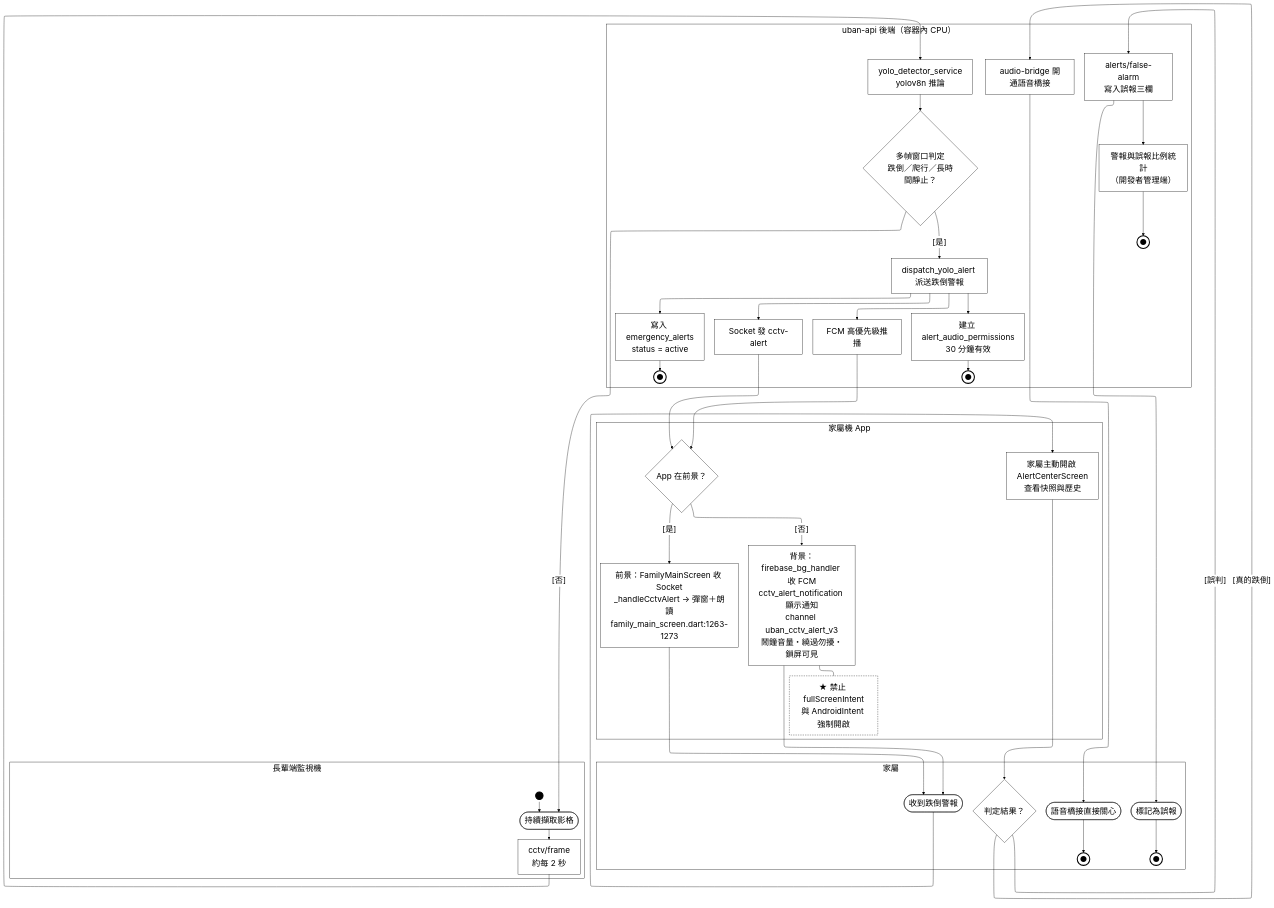
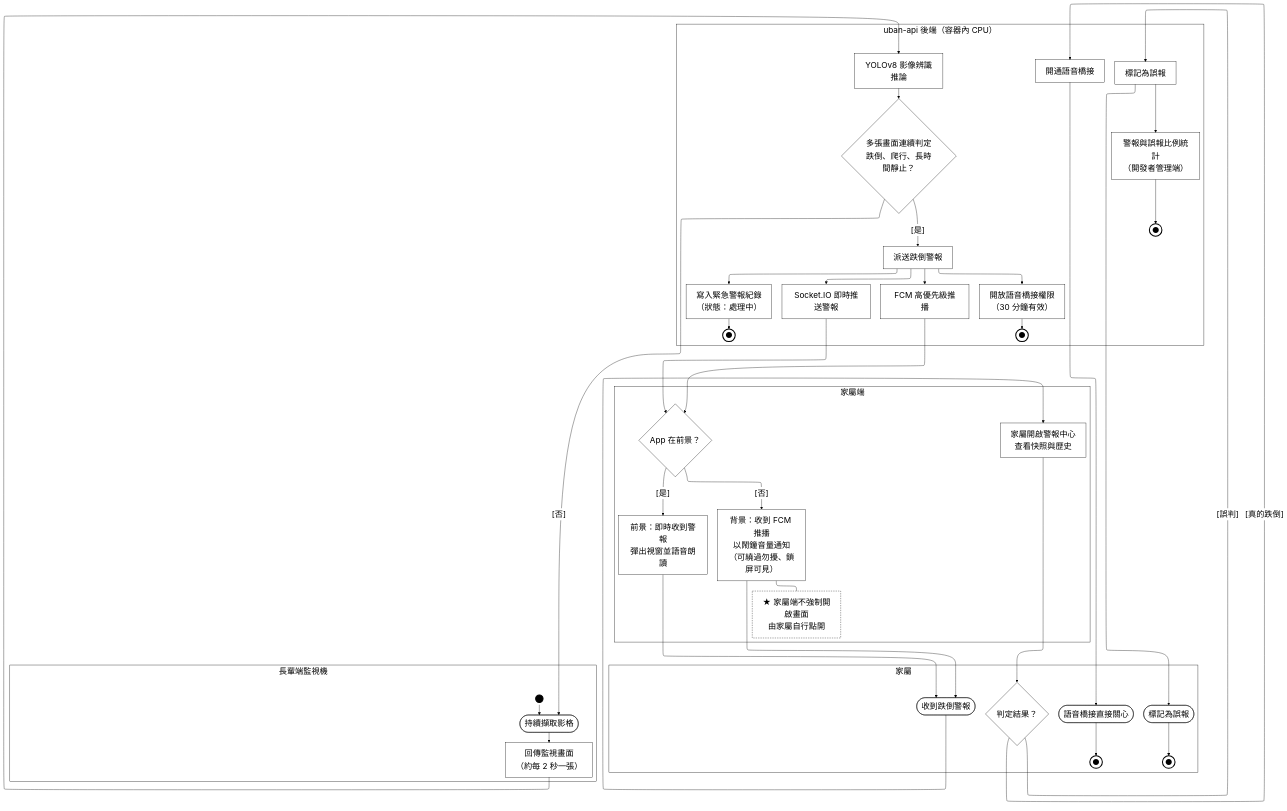
One commit to HuangYu-Kai/Uban changed the diagram in Uban System Documents/mermaid原始碼/A17-安全監控.mmd. Above: the diagram before and after it, drawn with Mermaid. The commit also changed 32 other files, not shown here.

```diff
--- a/Uban System Documents/mermaid原始碼/A17-安全監控.mmd
+++ b/Uban System Documents/mermaid原始碼/A17-安全監控.mmd
@@ -1,79 +1,79 @@
 %%{init:{"layout":"elk","elk":{"mergeEdges":false,"nodePlacementStrategy":"NETWORK_SIMPLEX"},"flowchart":{"htmlLabels":true},"themeVariables":{"clusterBkg":"#FFFFFF","clusterBorder":"#000000","edgeLabelBackground":"#FFFFFF","textColor":"#000000","nodeTextColor":"#000000","titleColor":"#000000","lineColor":"#000000","fontSize":"24px"}}}%%
 flowchart TD
   subgraph ROLE["家屬"]
     PAD_ROLE["&nbsp;&nbsp;&nbsp;&nbsp;&nbsp;&nbsp;&nbsp;&nbsp;&nbsp;&nbsp;&nbsp;&nbsp;&nbsp;&nbsp;&nbsp;&nbsp;&nbsp;&nbsp;&nbsp;&nbsp;&nbsp;&nbsp;&nbsp;&nbsp;&nbsp;&nbsp;&nbsp;&nbsp;&nbsp;&nbsp;&nbsp;&nbsp;&nbsp;&nbsp;&nbsp;&nbsp;&nbsp;&nbsp;&nbsp;&nbsp;&nbsp;&nbsp;&nbsp;&nbsp;&nbsp;&nbsp;&nbsp;&nbsp;&nbsp;&nbsp;&nbsp;&nbsp;&nbsp;&nbsp;&nbsp;&nbsp;&nbsp;&nbsp;&nbsp;&nbsp;&nbsp;&nbsp;&nbsp;&nbsp;&nbsp;&nbsp;&nbsp;&nbsp;&nbsp;&nbsp;&nbsp;&nbsp;&nbsp;&nbsp;&nbsp;&nbsp;&nbsp;&nbsp;&nbsp;&nbsp;&nbsp;&nbsp;&nbsp;&nbsp;&nbsp;&nbsp;&nbsp;&nbsp;&nbsp;&nbsp;&nbsp;&nbsp;&nbsp;&nbsp;&nbsp;&nbsp;&nbsp;&nbsp;&nbsp;&nbsp;&nbsp;&nbsp;&nbsp;&nbsp;&nbsp;&nbsp;&nbsp;&nbsp;&nbsp;&nbsp;&nbsp;&nbsp;&nbsp;&nbsp;&nbsp;&nbsp;&nbsp;&nbsp;&nbsp;"]:::pad
     S1(["收到跌倒警報"]):::act
     S2{"判定結果？"}:::dec
     S3(["語音橋接直接關心"]):::act
     EN_S3(("●")):::endterm
     S4(["標記為誤報"]):::act
     EN_S4(("●")):::endterm
   end
-  subgraph FE["家屬機 App"]
+  subgraph FE["家屬端"]
     PAD_FE["&nbsp;&nbsp;&nbsp;&nbsp;&nbsp;&nbsp;&nbsp;&nbsp;&nbsp;&nbsp;&nbsp;&nbsp;&nbsp;&nbsp;&nbsp;&nbsp;&nbsp;&nbsp;&nbsp;&nbsp;&nbsp;&nbsp;&nbsp;&nbsp;&nbsp;&nbsp;&nbsp;&nbsp;&nbsp;&nbsp;&nbsp;&nbsp;&nbsp;&nbsp;&nbsp;&nbsp;&nbsp;&nbsp;&nbsp;&nbsp;&nbsp;&nbsp;&nbsp;&nbsp;&nbsp;&nbsp;&nbsp;&nbsp;&nbsp;&nbsp;&nbsp;&nbsp;&nbsp;&nbsp;&nbsp;&nbsp;&nbsp;&nbsp;&nbsp;&nbsp;&nbsp;&nbsp;&nbsp;&nbsp;&nbsp;&nbsp;&nbsp;&nbsp;&nbsp;&nbsp;&nbsp;&nbsp;&nbsp;&nbsp;&nbsp;&nbsp;&nbsp;&nbsp;&nbsp;&nbsp;&nbsp;&nbsp;&nbsp;&nbsp;&nbsp;&nbsp;&nbsp;&nbsp;&nbsp;&nbsp;&nbsp;&nbsp;&nbsp;&nbsp;&nbsp;&nbsp;&nbsp;&nbsp;&nbsp;&nbsp;&nbsp;&nbsp;&nbsp;&nbsp;&nbsp;&nbsp;&nbsp;&nbsp;"]:::pad
     A0{"App 在前景？"}:::dec
-    A1["前景：FamilyMainScreen 收 Socket<br/>_handleCctvAlert → 彈窗＋朗讀<br/>family_main_screen.dart:1263-1273"]:::act
-    A1b["背景：firebase_bg_handler 收 FCM<br/>cctv_alert_notification 顯示通知<br/>channel uban_cctv_alert_v3<br/>鬧鐘音量・繞過勿擾・鎖屏可見"]:::act
-    A2["家屬主動開啟 AlertCenterScreen<br/>查看快照與歷史"]:::act
-    A3["★ 禁止 fullScreenIntent<br/>與 AndroidIntent 強制開啟"]:::gap
+    A1["前景：即時收到警報<br/>彈出視窗並語音朗讀"]:::act
+    A1b["背景：收到 FCM 推播<br/>以鬧鐘音量通知<br/>（可繞過勿擾、鎖屏可見）"]:::act
+    A2["家屬開啟警報中心<br/>查看快照與歷史"]:::act
+    A3["★ 家屬端不強制開啟畫面<br/>由家屬自行點開"]:::gap
   end
   subgraph FE2["長輩端監視機"]
     PAD_FE2["&nbsp;&nbsp;&nbsp;&nbsp;&nbsp;&nbsp;&nbsp;&nbsp;&nbsp;&nbsp;&nbsp;&nbsp;&nbsp;&nbsp;&nbsp;&nbsp;&nbsp;&nbsp;&nbsp;&nbsp;&nbsp;&nbsp;&nbsp;&nbsp;&nbsp;&nbsp;&nbsp;&nbsp;&nbsp;&nbsp;&nbsp;&nbsp;&nbsp;&nbsp;&nbsp;&nbsp;&nbsp;&nbsp;&nbsp;&nbsp;&nbsp;&nbsp;&nbsp;&nbsp;&nbsp;&nbsp;&nbsp;&nbsp;&nbsp;&nbsp;&nbsp;&nbsp;&nbsp;&nbsp;&nbsp;&nbsp;&nbsp;&nbsp;&nbsp;&nbsp;&nbsp;&nbsp;&nbsp;&nbsp;&nbsp;&nbsp;&nbsp;&nbsp;&nbsp;&nbsp;&nbsp;&nbsp;&nbsp;&nbsp;&nbsp;&nbsp;&nbsp;&nbsp;&nbsp;&nbsp;&nbsp;&nbsp;&nbsp;&nbsp;&nbsp;&nbsp;&nbsp;&nbsp;&nbsp;&nbsp;&nbsp;&nbsp;&nbsp;&nbsp;&nbsp;&nbsp;&nbsp;&nbsp;&nbsp;&nbsp;&nbsp;&nbsp;&nbsp;&nbsp;&nbsp;&nbsp;&nbsp;&nbsp;&nbsp;&nbsp;&nbsp;&nbsp;&nbsp;&nbsp;&nbsp;&nbsp;&nbsp;&nbsp;&nbsp;&nbsp;&nbsp;&nbsp;&nbsp;&nbsp;&nbsp;&nbsp;&nbsp;&nbsp;&nbsp;&nbsp;&nbsp;&nbsp;&nbsp;&nbsp;&nbsp;&nbsp;&nbsp;&nbsp;&nbsp;&nbsp;&nbsp;&nbsp;&nbsp;&nbsp;&nbsp;&nbsp;&nbsp;&nbsp;&nbsp;&nbsp;&nbsp;&nbsp;&nbsp;&nbsp;&nbsp;&nbsp;&nbsp;&nbsp;&nbsp;&nbsp;&nbsp;&nbsp;&nbsp;&nbsp;&nbsp;&nbsp;&nbsp;&nbsp;&nbsp;&nbsp;&nbsp;&nbsp;&nbsp;&nbsp;&nbsp;&nbsp;&nbsp;&nbsp;&nbsp;&nbsp;&nbsp;&nbsp;&nbsp;&nbsp;&nbsp;&nbsp;&nbsp;&nbsp;&nbsp;&nbsp;&nbsp;&nbsp;&nbsp;&nbsp;&nbsp;&nbsp;&nbsp;&nbsp;&nbsp;&nbsp;&nbsp;&nbsp;&nbsp;&nbsp;&nbsp;&nbsp;&nbsp;&nbsp;&nbsp;&nbsp;&nbsp;&nbsp;&nbsp;&nbsp;"]:::pad
     ST_M1(("&nbsp;")):::term
     M1(["持續擷取影格"]):::act
-    M2["cctv/frame<br/>約每 2 秒"]:::act
+    M2["回傳監視畫面<br/>（約每 2 秒一張）"]:::act
   end
   subgraph BE["uban-api 後端（容器內 CPU）"]
-    B1["yolo_detector_service<br/>yolov8n 推論"]:::act
-    B2{"多幀窗口判定<br/>跌倒／爬行／長時間靜止？"}:::dec
-    B3["dispatch_yolo_alert 派送跌倒警報"]:::act
-    B4["寫入 emergency_alerts<br/>status = active"]:::act
+    B1["YOLOv8 影像辨識推論"]:::act
+    B2{"多張畫面連續判定<br/>跌倒、爬行、長時間靜止？"}:::dec
+    B3["派送跌倒警報"]:::act
+    B4["寫入緊急警報紀錄<br/>（狀態：處理中）"]:::act
     EN_B4(("●")):::endterm
-    B5["Socket 發 cctv-alert"]:::act
+    B5["Socket.IO 即時推送警報"]:::act
     B6["FCM 高優先級推播"]:::act
-    B7["建立 alert_audio_permissions<br/>30 分鐘有效"]:::act
+    B7["開放語音橋接權限<br/>（30 分鐘有效）"]:::act
     EN_B7(("●")):::endterm
-    B8["alerts/false-alarm<br/>寫入誤報三欄"]:::act
-    B9["audio-bridge 開通語音橋接"]:::act
+    B8["標記為誤報"]:::act
+    B9["開通語音橋接"]:::act
     C1["警報與誤報比例統計<br/>（開發者管理端）"]:::act
     EN_C1(("●")):::endterm
   end
 
   ST_M1 --> M1
   M1 --> M2
   M2 --> B1
   B1 --> B2
   B2 -->|"[否]"| M1
   B2 -->|"[是]"| B3
   B3 --> B4
   B3 --> B5
   B5 --> A0
   B3 --> B6
   B6 --> A0
   B3 --> B7
   A0 -->|"[是]"| A1
   A1 --> S1
   A0 -->|"[否]"| A1b
   A1b --> S1
   A1b --- A3
   S1 --> A2
   A2 --> S2
   S2 -->|"[真的跌倒]"| B9
   B9 --> S3
   S2 -->|"[誤判]"| B8
   B8 --> S4
   B8 --> C1
   S3 --> EN_S3
   S4 --> EN_S4
   B4 --> EN_B4
   B7 --> EN_B7
   C1 --> EN_C1
   %% 鎖住泳道順序：ELK 不照宣告順序排，沒有這條鏈後端會跑到最上面
   ROLE ~~~ FE ~~~ FE2 ~~~ BE
 
   classDef pad  fill:none,stroke:none,color:#FFFFFF
   classDef act  fill:#FFFFFF,stroke:#000000,stroke-width:1px,color:#000000
   classDef dec  fill:#FFFFFF,stroke:#000000,stroke-width:1px,color:#000000
   classDef term fill:#000000,stroke:#000000,stroke-width:3px,color:#000000
   classDef endterm fill:#FFFFFF,stroke:#000000,stroke-width:3px,color:#000000
   classDef gap  fill:#FFFFFF,stroke:#000000,stroke-width:1px,color:#000000,stroke-dasharray:4 3
```
